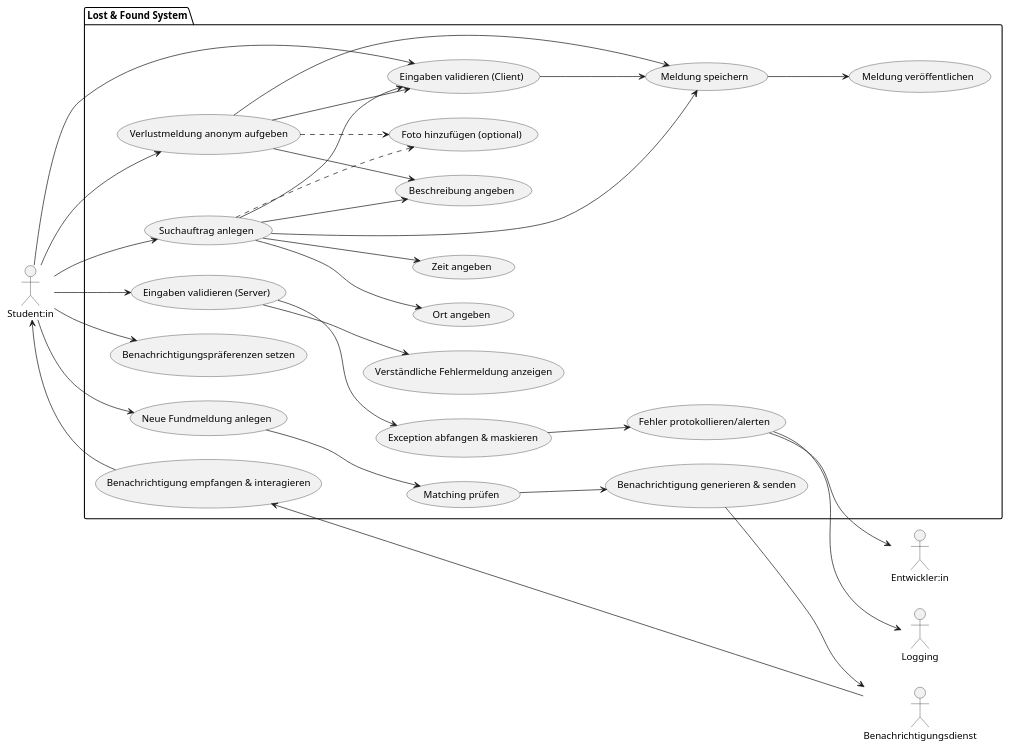
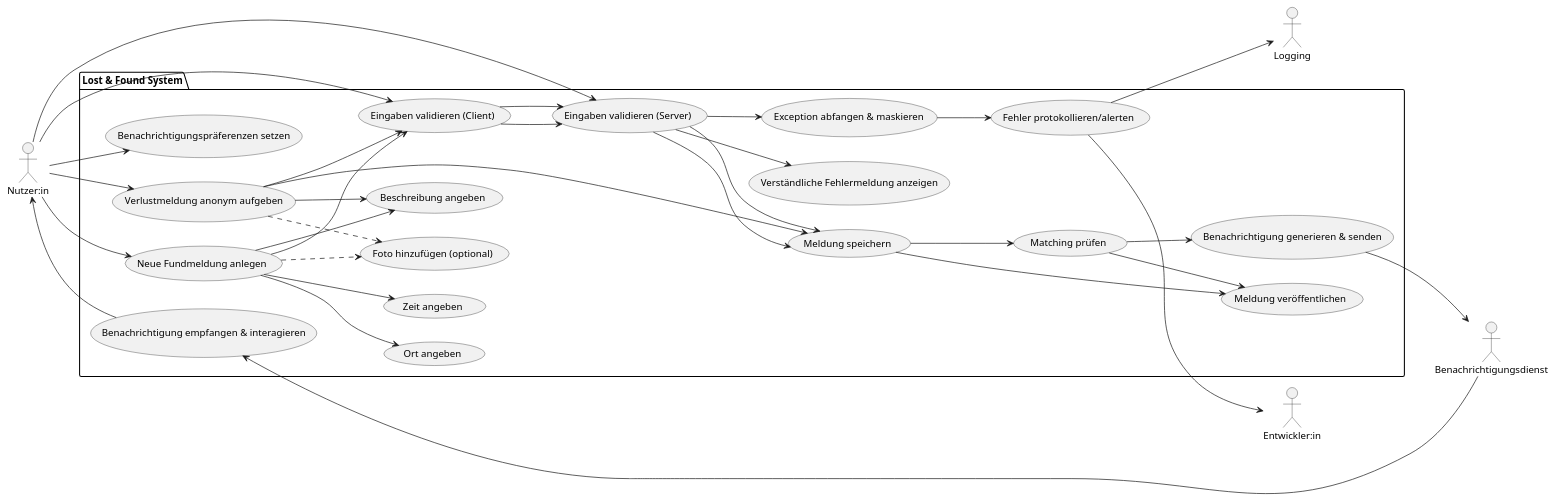
One commit to Tom0603/SoftwareEngineering_Lecture changed the diagram in docs/architecture/use-case-user-stories.puml. Above: the diagram before and after it, drawn with PlantUML.

Commit message:
Fix use case user story

```diff
--- a/docs/architecture/use-case-user-stories.puml
+++ b/docs/architecture/use-case-user-stories.puml
@@ -1,65 +1,67 @@
 @startuml
 
 left to right direction
 
-actor "Student:in" as stud
+actor "Nutzer:in" as stud
 actor "Entwickler:in" as dev
 actor "Logging" as log
 actor "Benachrichtigungsdienst" as notif
 
 package "Lost & Found System" {
   usecase "Verlustmeldung anonym aufgeben" as UC11
   usecase "Ort angeben" as UC12
   usecase "Zeit angeben" as UC13
   usecase "Beschreibung angeben" as UC14
   usecase "Foto hinzufügen (optional)" as UC15
   usecase "Meldung speichern" as UC16
   usecase "Meldung veröffentlichen" as UC17
 
   usecase "Eingaben validieren (Client)" as UC21
   usecase "Eingaben validieren (Server)" as UC22
   usecase "Verständliche Fehlermeldung anzeigen" as UC23
   usecase "Exception abfangen & maskieren" as UC24
   usecase "Fehler protokollieren/alerten" as UC25
 
-  usecase "Suchauftrag anlegen" as UC31
+  usecase "Neue Fundmeldung anlegen" as UC31
   usecase "Benachrichtigungspräferenzen setzen" as UC32
-  usecase "Neue Fundmeldung anlegen" as UC33
   usecase "Matching prüfen" as UC34
   usecase "Benachrichtigung generieren & senden" as UC35
   usecase "Benachrichtigung empfangen & interagieren" as UC36
 }
 
 stud --> UC11
 UC11 --> UC14
 UC11 ..> UC15
 UC11 --> UC16
 UC11 --> UC21
-UC21 --> UC16
+UC21 --> UC22
+UC22 --> UC16
 UC16 --> UC17
 
 stud --> UC31
 UC31 --> UC12
 UC31 --> UC13
 UC31 --> UC14
 UC31 ..> UC15
-UC31 --> UC16
 UC31 --> UC21
+UC21 --> UC22
+UC22 --> UC16
 
 stud --> UC32
-stud --> UC33
-UC33 --> UC34
 UC34 --> UC35
 UC35 --> notif
 notif --> UC36
 UC36 --> stud
+
+UC16 --> UC34
+UC34 --> UC17
 
 stud --> UC21
 stud --> UC22
 UC22 --> UC23
 UC22 --> UC24
 UC24 --> UC25
 UC25 --> log
 UC25 --> dev
 
 @enduml
```
